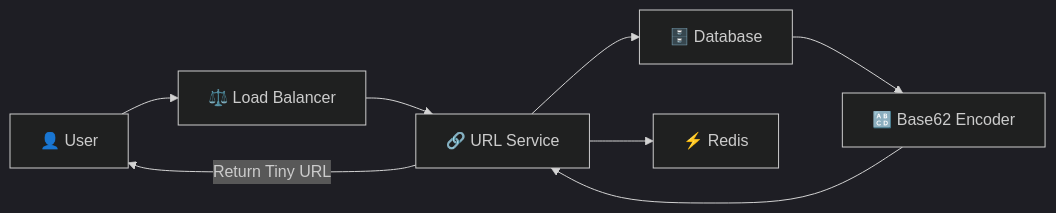
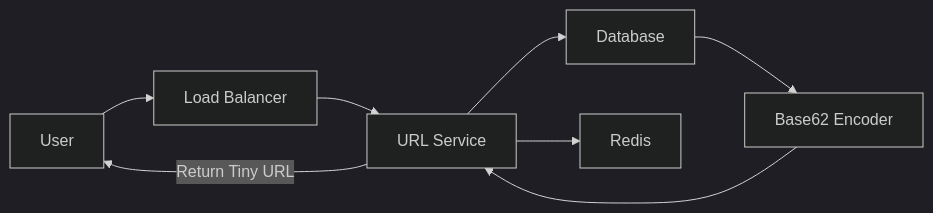
One commit to ShashwatGohel/SystemDesign changed the second of 4 diagrams in Real_System_Design_Questions/URL_Shortner/diagram.md. Above: the diagram before and after it, drawn with Mermaid (dark theme). The commit also changed other lines of this file, not shown here.

````diff
--- a/Real_System_Design_Questions/URL_Shortner/diagram.md
+++ b/Real_System_Design_Questions/URL_Shortner/diagram.md
@@ -47,29 +47,29 @@
 ```mermaid
 flowchart LR
 
-    U["👤 User"]
+    U[" User"]
 
-    LB["⚖️ Load Balancer"]
+    LB[" Load Balancer"]
 
-    S["🔗 URL Service"]
+    S[" URL Service"]
 
-    DB["🗄️ Database"]
+    DB[" Database"]
 
-    B62["🔠 Base62 Encoder"]
+    B62[" Base62 Encoder"]
 
-    R["⚡ Redis"]
+    R[" Redis"]
 
     U --> LB
 
     LB --> S
 
     S --> DB
 
     DB --> B62
 
     B62 --> S
 
     S --> R
 
     S -->|"Return Tiny URL"| U
 ```
````
